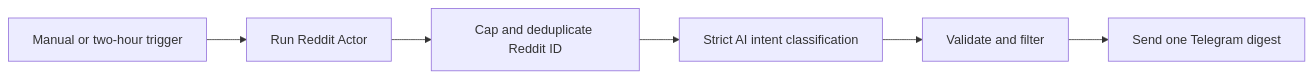
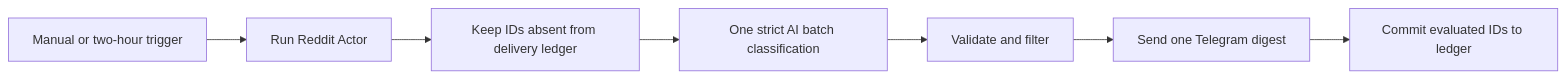
One commit to annamiy/fetchcat-n8n-workflows changed the diagram in workflows/reddit-buying-intent-alerts/README.md. Above: the diagram before and after it, drawn with Mermaid. The commit also changed other lines of this file and 26 other files, not shown here.

````diff
--- a/workflows/reddit-buying-intent-alerts/README.md
+++ b/workflows/reddit-buying-intent-alerts/README.md
@@ -25,8 +30,9 @@
 ```mermaid
 flowchart LR
   T[Manual or two-hour trigger] --> A[Run Reddit Actor]
-  A --> D[Cap and deduplicate Reddit ID]
-  D --> O[Strict AI intent classification]
+  A --> D[Keep IDs absent from delivery ledger]
+  D --> O[One strict AI batch classification]
   O --> F[Validate and filter]
   F --> G[Send one Telegram digest]
+  G --> L[Commit evaluated IDs to ledger]
 ```
````
